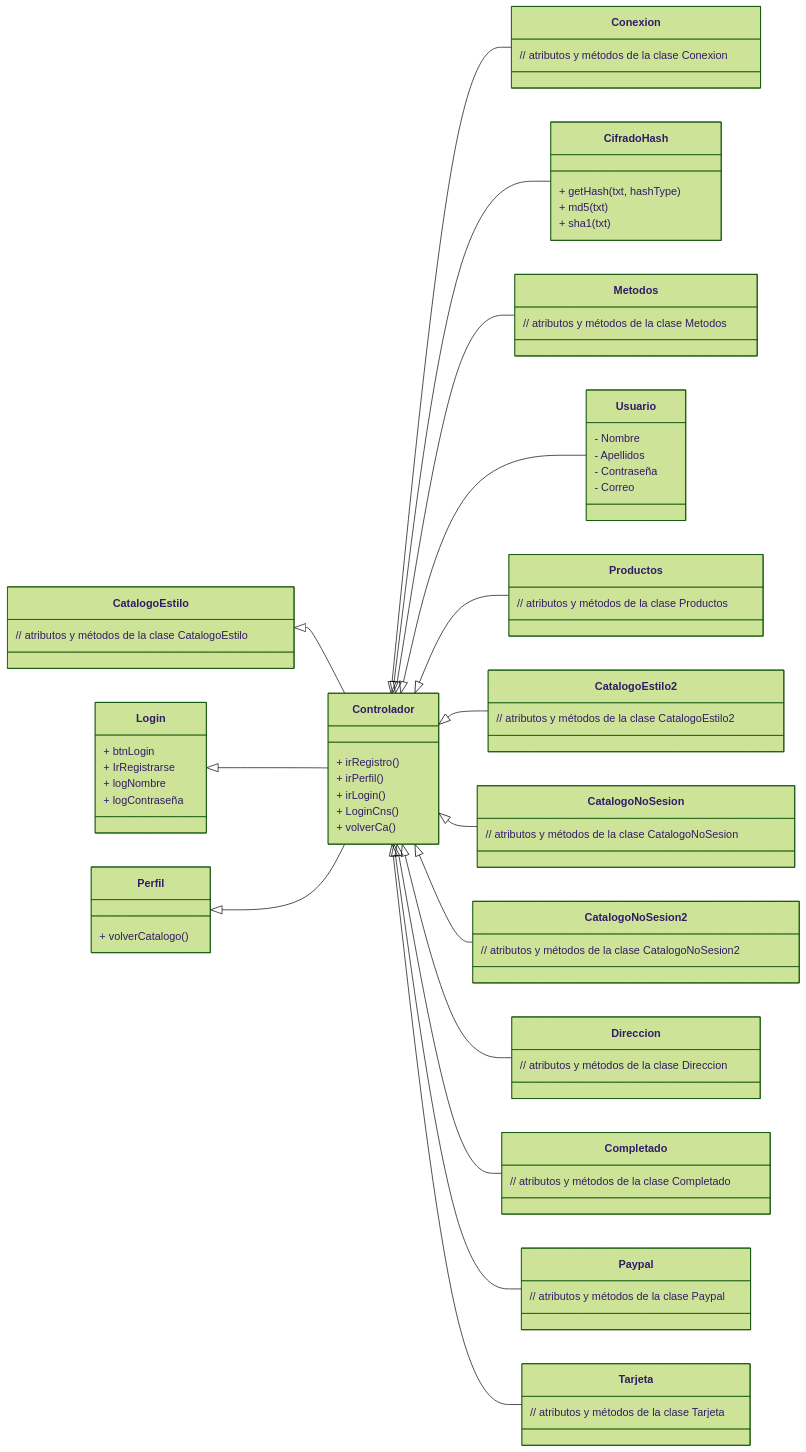
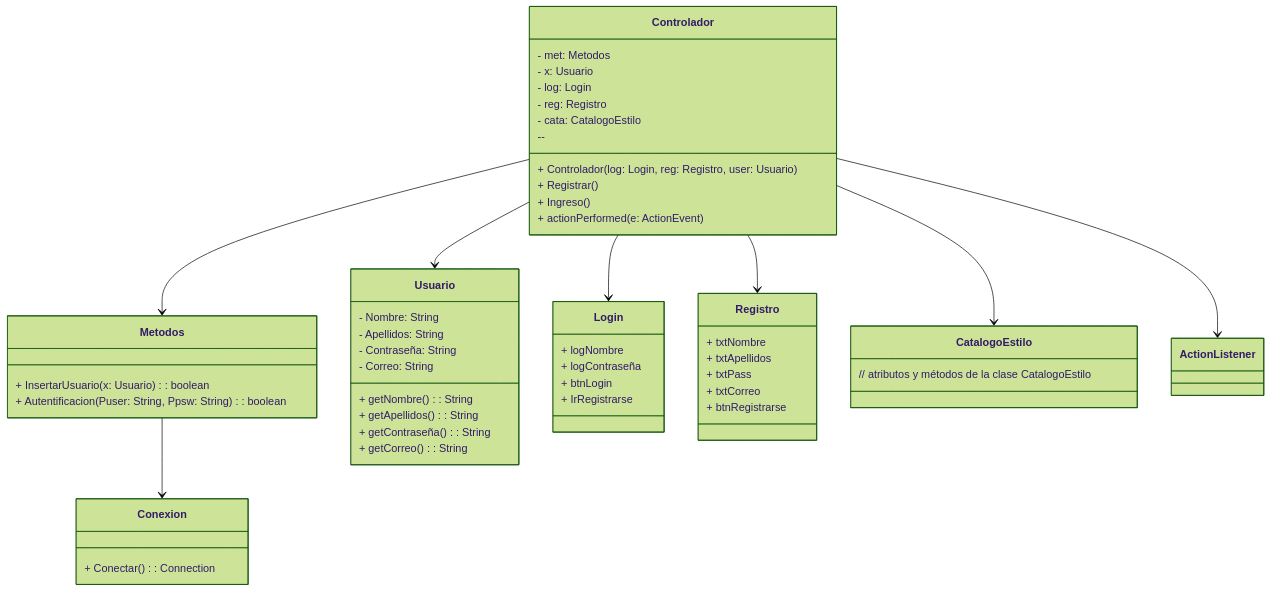
One commit to PachecoASIR/ProyectoTiendaV2 changed the first of 2 diagrams in README.md. Above: the diagram before and after it, drawn with Mermaid (forest theme).

Commit message:
Actualización Diagrama Clases

````diff
--- a/README.md
+++ b/README.md
@@ -29,96 +29,62 @@
 ```mermaid
 classDiagram
-  direction RL
-
   class Controlador {
-    + irRegistro()
-    + irPerfil()
-    + irLogin()
-    + LoginCns()
-    + volverCa()
+    - met: Metodos
+    - x: Usuario
+    - log: Login
+    - reg: Registro
+    - cata: CatalogoEstilo
+    --
+    + Controlador(log: Login, reg: Registro, user: Usuario)
+    + Registrar()
+    + Ingreso()
+    + actionPerformed(e: ActionEvent)
   }
-
-  class CifradoHash {
-    + getHash(txt, hashType)
-    + md5(txt)
-    + sha1(txt)
+  
+  class Metodos {
+    + InsertarUsuario(x: Usuario): boolean
+    + Autentificacion(Puser: String, Ppsw: String): boolean
   }
-
+  
+  class Usuario {
+    - Nombre: String
+    - Apellidos: String
+    - Contraseña: String
+    - Correo: String
+    + getNombre(): String
+    + getApellidos(): String
+    + getContraseña(): String
+    + getCorreo(): String
+  }
+  
   class Conexion {
-    // atributos y métodos de la clase Conexion
+    + Conectar(): Connection
   }
-
-  class Metodos {
-    // atributos y métodos de la clase Metodos
+  
+  class Login {
+    + logNombre
+    + logContraseña
+    + btnLogin
+    + IrRegistrarse
   }
-
-  class Usuario {
-    - Nombre
-    - Apellidos
-    - Contraseña
-    - Correo
+  
+  class Registro {
+    + txtNombre
+    + txtApellidos
+    + txtPass
+    + txtCorreo
+    + btnRegistrarse
   }
-
-  class Productos {
-    // atributos y métodos de la clase Productos
-  }
-
+  
   class CatalogoEstilo {
     // atributos y métodos de la clase CatalogoEstilo
   }
-
-  class CatalogoEstilo2 {
-    // atributos y métodos de la clase CatalogoEstilo2
-  }
-
-  class CatalogoNoSesion {
-    // atributos y métodos de la clase CatalogoNoSesion
-  }
-
-  class CatalogoNoSesion2 {
-    // atributos y métodos de la clase CatalogoNoSesion2
-  }
-
-  class Direccion {
-    // atributos y métodos de la clase Direccion
-  }
-
-  class Completado {
-    // atributos y métodos de la clase Completado
-  }
-
-  class Paypal {
-    // atributos y métodos de la clase Paypal
-  }
-
-  class Tarjeta {
-    // atributos y métodos de la clase Tarjeta
-  }
-
-  class Login {
-    + btnLogin
-    + IrRegistrarse
-    + logNombre
-    + logContraseña
-  }
-
-  class Perfil {
-    + volverCatalogo()
-  }
-
-  Controlador --|> CatalogoEstilo
-  Controlador --|> Login
-  Controlador --|> Perfil
-  Conexion --|> Controlador
-  CifradoHash --|> Controlador
-  Metodos --|> Controlador
-  Usuario --|> Controlador
-  Productos --|> Controlador
-  CatalogoEstilo2 --|> Controlador
-  CatalogoNoSesion --|> Controlador
-  CatalogoNoSesion2 --|> Controlador
-  Direccion --|> Controlador
-  Completado --|> Controlador
-  Paypal --|> Controlador
-  Tarjeta --|> Controlador
+  
+  Controlador --> ActionListener
+  Controlador --> Metodos
+  Controlador --> Usuario
+  Controlador --> Login
+  Controlador --> Registro
+  Controlador --> CatalogoEstilo
+  Metodos --> Conexion
 ```
````
